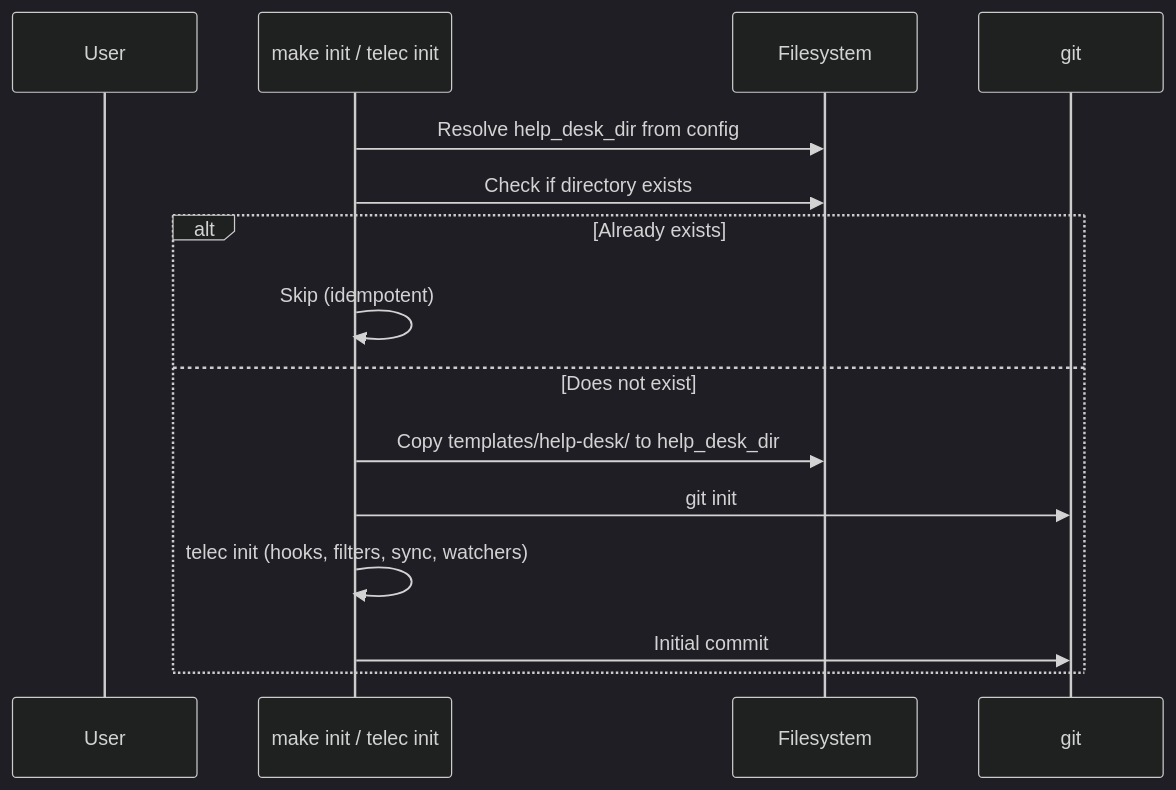
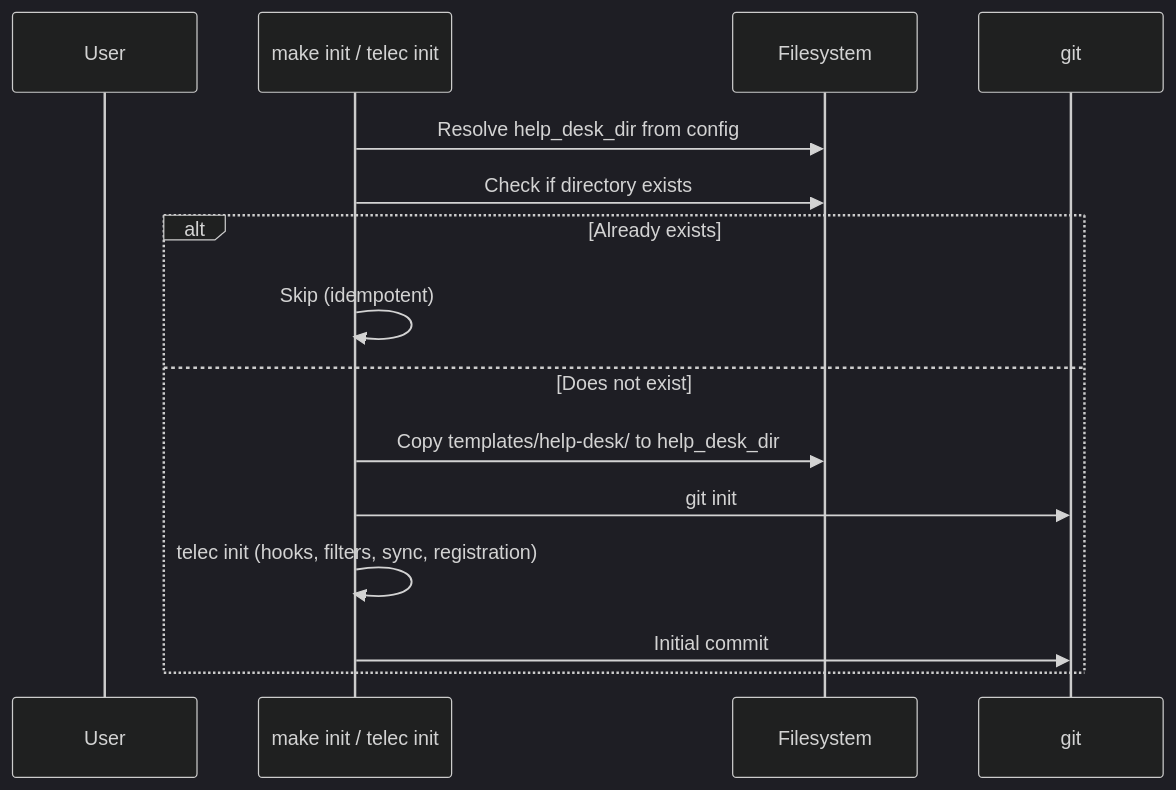
One commit to InstruktAI/TeleClaude changed diagram 11 of 11 in docs/project/design/architecture/help-desk-platform.md. Above: the diagram before and after it, drawn with Mermaid (dark theme). The commit also changed other lines of this file and 16 other files, not shown here.

````diff
--- a/docs/project/design/architecture/help-desk-platform.md
+++ b/docs/project/design/architecture/help-desk-platform.md
@@ -892,18 +892,18 @@
 ```mermaid
 sequenceDiagram
     participant User
     participant Init as make init / telec init
     participant FS as Filesystem
     participant Git as git
 
     Init->>FS: Resolve help_desk_dir from config
     Init->>FS: Check if directory exists
     alt Already exists
         Init->>Init: Skip (idempotent)
     else Does not exist
         Init->>FS: Copy templates/help-desk/ to help_desk_dir
         Init->>Git: git init
-        Init->>Init: telec init (hooks, filters, sync, watchers)
+        Init->>Init: telec init (hooks, filters, sync, registration)
         Init->>Git: Initial commit
     end
 ```
````
